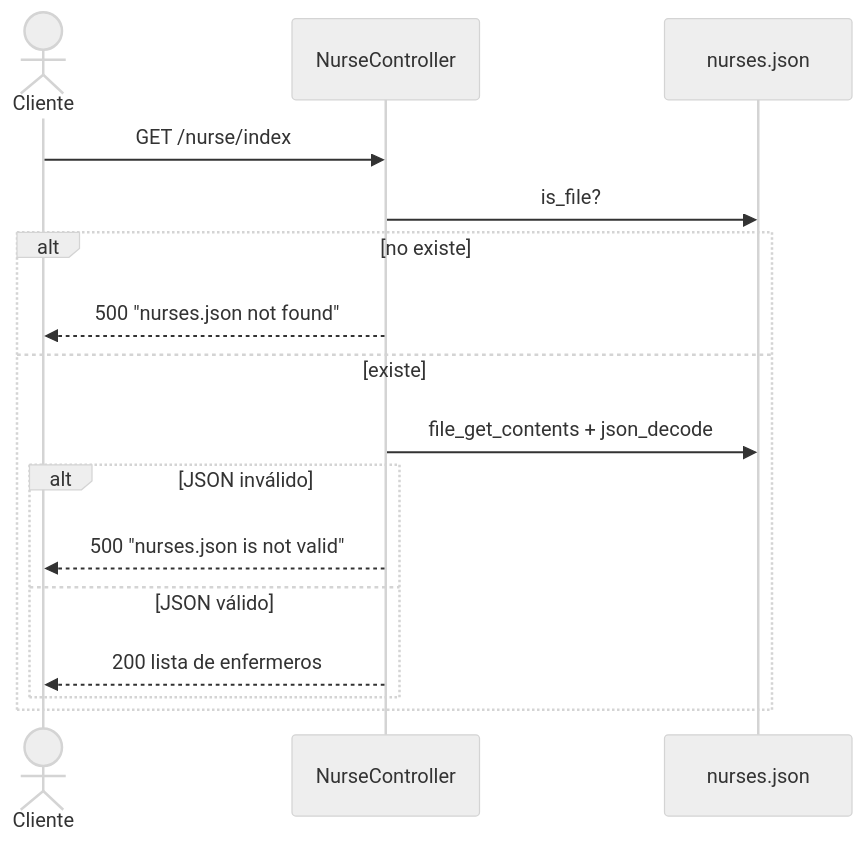
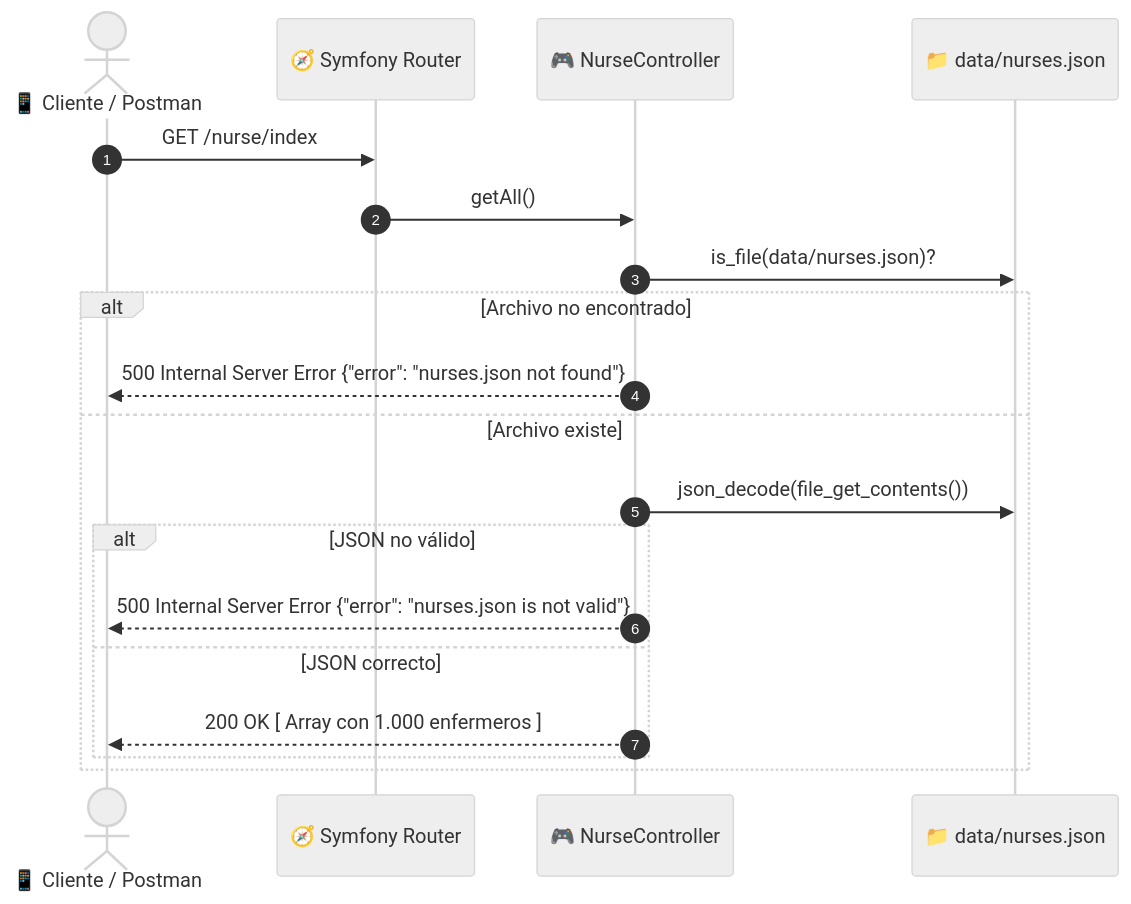
Before and after one commit to Ignaciobrenas/Nurse-Simulator: the fourth of 7 diagrams in README.md, drawn with Mermaid (neutral theme). The commit also changed other lines of this file and 2 other files, not shown here.

````diff
--- a/README.md
+++ b/README.md
@@ -110,19 +163,22 @@
 ```mermaid
 sequenceDiagram
-    actor Cliente
-    participant NurseController
-    participant nurses.json
+    autonumber
+    actor Cliente as 📱 Cliente / Postman
+    participant Router as 🧭 Symfony Router
+    participant Ctrl as 🎮 NurseController
+    participant FS as 📁 data/nurses.json
 
-    Cliente->>NurseController: GET /nurse/index
-    NurseController->>nurses.json: is_file?
-    alt no existe
-        NurseController-->>Cliente: 500 "nurses.json not found"
-    else existe
-        NurseController->>nurses.json: file_get_contents + json_decode
-        alt JSON inválido
-            NurseController-->>Cliente: 500 "nurses.json is not valid"
-        else JSON válido
-            NurseController-->>Cliente: 200 lista de enfermeros
+    Cliente->>Router: GET /nurse/index
+    Router->>Ctrl: getAll()
+    Ctrl->>FS: is_file(data/nurses.json)?
+    alt Archivo no encontrado
+        Ctrl-->>Cliente: 500 Internal Server Error {"error": "nurses.json not found"}
+    else Archivo existe
+        Ctrl->>FS: json_decode(file_get_contents())
+        alt JSON no válido
+            Ctrl-->>Cliente: 500 Internal Server Error {"error": "nurses.json is not valid"}
+        else JSON correcto
+            Ctrl-->>Cliente: 200 OK [ Array con 1.000 enfermeros ]
         end
     end
 ```
````
